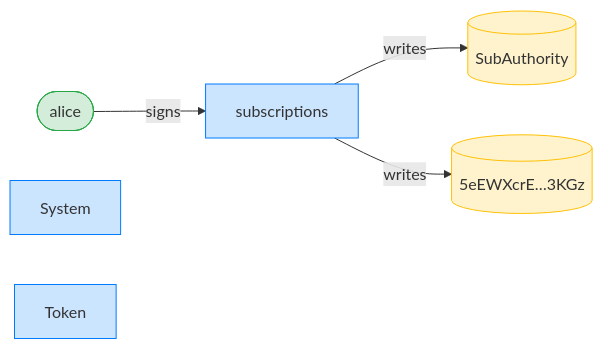
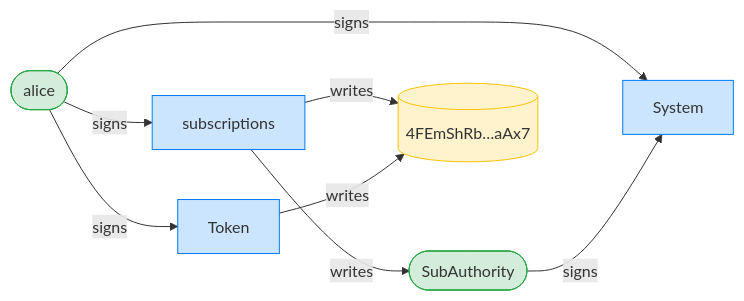
The third of 8 diagrams in dsl_tests/subscribe-rejects-an-expired-plan.md (cds-rs/subscriptions), drawn with Mermaid before and after one commit. The commit also changed other lines of this file and 224 other files, not shown here.

````diff
--- a/dsl_tests/subscribe-rejects-an-expired-plan.md
+++ b/dsl_tests/subscribe-rejects-an-expired-plan.md
@@ -55,15 +56,19 @@
 ```mermaid
 flowchart LR
     classDef signer fill:#d4edda,stroke:#28a745;
     classDef program fill:#cce5ff,stroke:#007bff;
     classDef writable fill:#fff3cd,stroke:#ffc107;
     subscriptions[subscriptions]:::program
     alice([alice]):::signer
-    SubAuthority[(SubAuthority)]:::writable
-    5eEWXcrE_3KGz[("5eEWXcrE…3KGz")]:::writable
+    SubAuthority([SubAuthority]):::signer
+    4FEmShRb_aAx7[("4FEmShRb…aAx7")]:::writable
     System[System]:::program
     Token[Token]:::program
     alice -->|signs| subscriptions
+    alice -->|signs| System
+    SubAuthority -->|signs| System
+    alice -->|signs| Token
     subscriptions -->|writes| SubAuthority
-    subscriptions -->|writes| 5eEWXcrE_3KGz
+    subscriptions -->|writes| 4FEmShRb_aAx7
+    Token -->|writes| 4FEmShRb_aAx7
 ```
````
